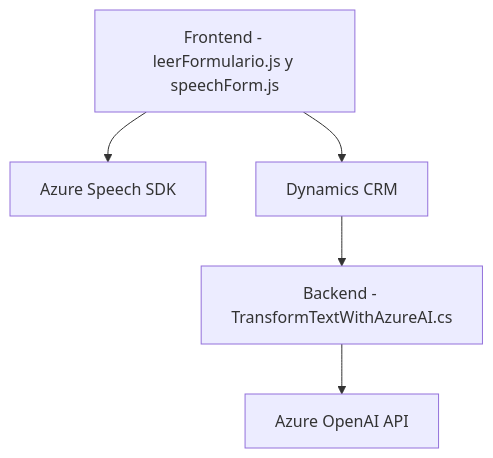
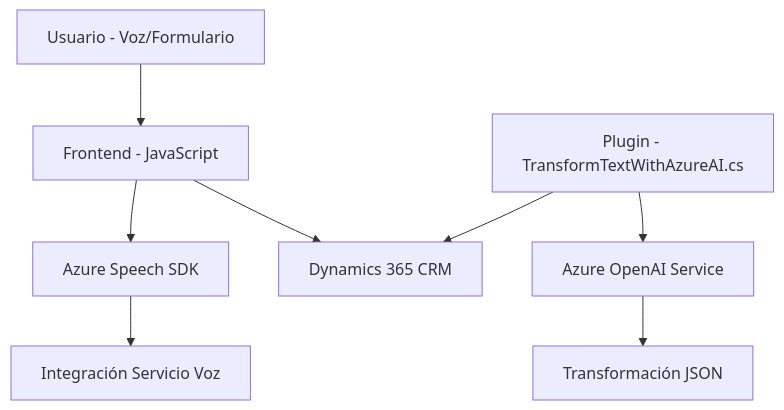
Before and after one commit to blopezdm/NETCORE_BILBAO2025: the diagram in README.md, drawn with Mermaid. The commit also changed other lines of this file, not shown here.

````diff
--- a/README.md
+++ b/README.md
@@ -41,12 +69,17 @@
 ```mermaid
 graph TD
-  A["Frontend - leerFormulario.js y speechForm.js"]
-  B["Azure Speech SDK"]
-  C["Dynamics CRM"]
-  D["Backend - TransformTextWithAzureAI.cs"]
-  E["Azure OpenAI API"]
-  A --> B
-  A --> C
-  C --> D
-  D --> E
+    FrontendJS["Frontend - JavaScript"]
+    Plugin["Plugin - TransformTextWithAzureAI.cs"]
+    AzureSpeechSDK["Azure Speech SDK"]
+    AzureAIService["Azure OpenAI Service"]
+    DynamicsCRM["Dynamics 365 CRM"]
+    UserTrigger["Usuario - Voz/Formulario"]
+
+    UserTrigger --> FrontendJS
+    FrontendJS --> AzureSpeechSDK
+    FrontendJS --> DynamicsCRM
+    Plugin --> DynamicsCRM
+    Plugin --> AzureAIService
+    AzureSpeechSDK --> AzureServiceIntegration["Integración Servicio Voz"]
+    AzureAIService --> AzureServiceTransform["Transformación JSON"]
 ```
````
